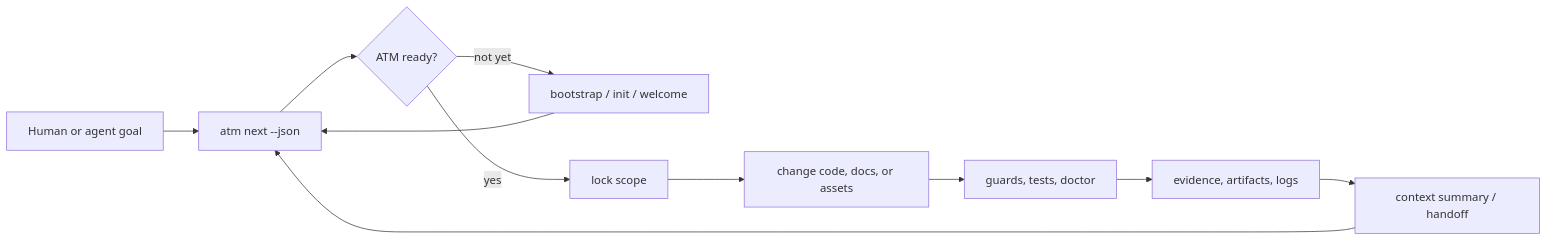
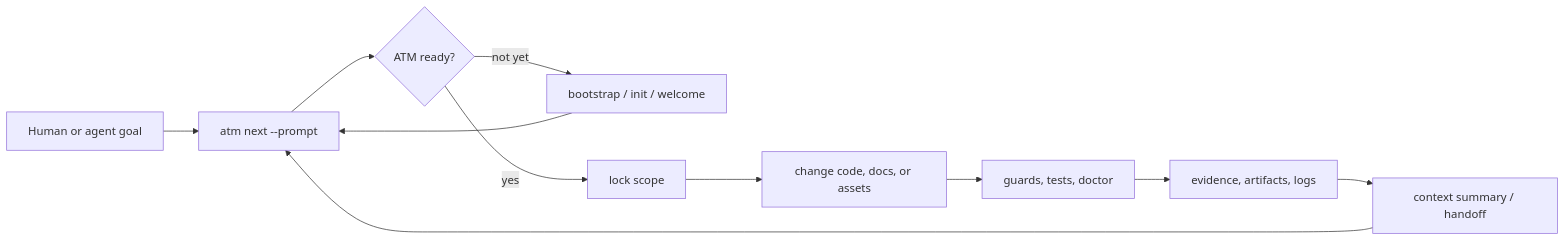
The first of 2 diagrams in README.md (eaglhuang/AI-Atomic-Framework), drawn with Mermaid before and after one commit. The commit also changed other lines of this file and 38 other files, not shown here.

Commit message:
fix(governance): make next prompt-first and enforce batch checkpoint

````diff
--- a/README.md
+++ b/README.md
@@ -27,13 +27,13 @@
 ```mermaid
 flowchart LR
-    Goal["Human or agent goal"] --> Next["atm next --json"]
+    Goal["Human or agent goal"] --> Next["atm next --prompt"]
     Next --> Ready{"ATM ready?"}
     Ready -- "not yet" --> Bootstrap["bootstrap / init / welcome"]
     Ready -- "yes" --> Lock["lock scope"]
     Bootstrap --> Next
     Lock --> Work["change code, docs, or assets"]
     Work --> Validate["guards, tests, doctor"]
     Validate --> Evidence["evidence, artifacts, logs"]
     Evidence --> Handoff["context summary / handoff"]
     Handoff --> Next
 ```
````
